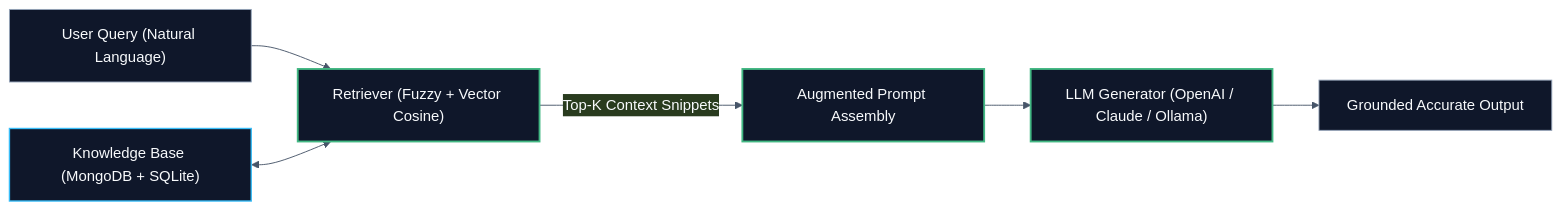
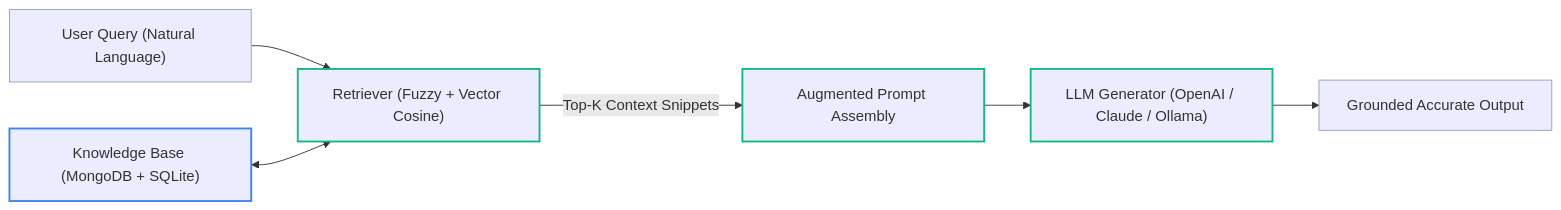
Before and after one commit to Phuongp2003/vue3-rag: the first of 4 diagrams in README.md, drawn with Mermaid. The commit also changed other lines of this file, not shown here.

First line of the commit message:
docs: update mermaid diagrams to pure border-only adaptive styling

````diff
--- a/README.md
+++ b/README.md
@@ -25,13 +25,12 @@
 ```mermaid
-%%{init: {"theme": "base", "themeVariables": {"primaryColor": "#1e293b", "primaryTextColor": "#f8fafc", "primaryBorderColor": "#42b883", "lineColor": "#475569", "textColor": "#0f172a", "mainBkg": "#0f172a", "nodeBorder": "#334155"}}}%%
 flowchart LR
-  classDef default fill:#0f172a,stroke:#94a3b8,stroke-width:1px,color:#f8fafc;
-  classDef core fill:#0f172a,stroke:#42b883,stroke-width:2px,color:#f8fafc;
-  classDef data fill:#0f172a,stroke:#38bdf8,stroke-width:1.5px,color:#f8fafc;
+  classDef default stroke:#94a3b8,stroke-width:1px;
+  classDef core stroke:#10b981,stroke-width:2px;
+  classDef data stroke:#3b82f6,stroke-width:2px;
 
   Q["User Query (Natural Language)"]:::default --> R["Retriever (Fuzzy + Vector Cosine)"]:::core
   DB["Knowledge Base (MongoDB + SQLite)"]:::data <--> R
   R -->|"Top-K Context Snippets"| P["Augmented Prompt Assembly"]:::core
   P --> L["LLM Generator (OpenAI / Claude / Ollama)"]:::core
   L --> A["Grounded Accurate Output"]:::default
 ```
````
